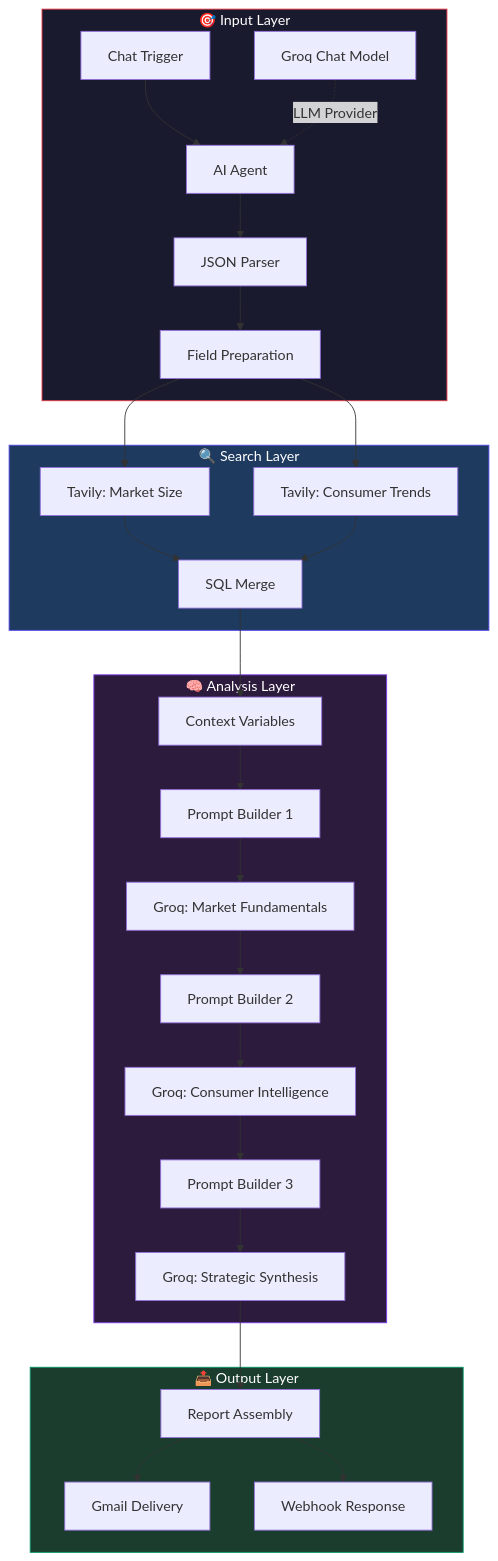
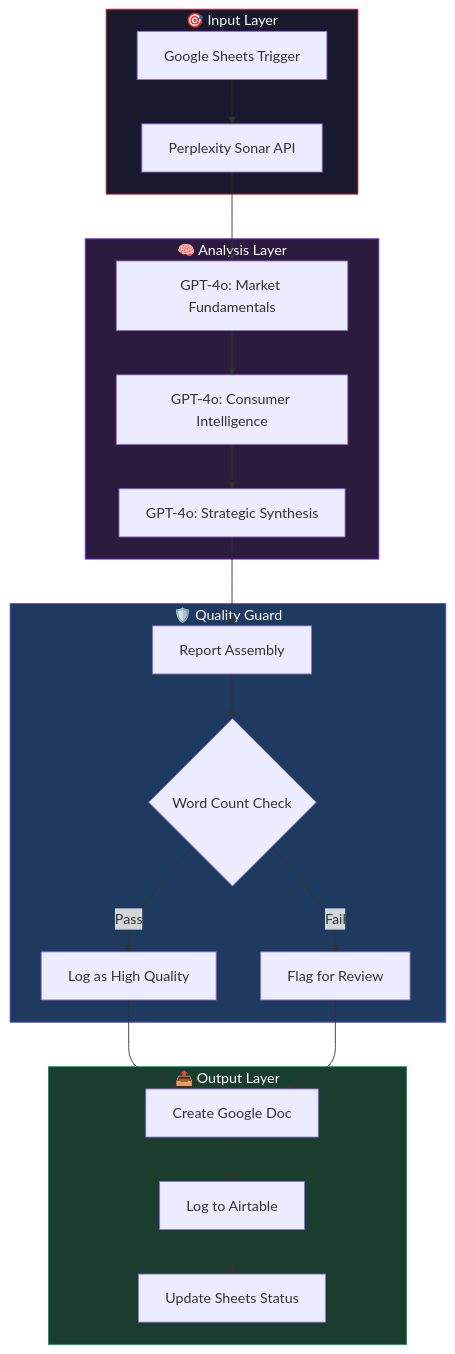
The diagram in ARCHITECTURE.md (RishabJainhub/market-research-pipeline), drawn with Mermaid before and after one commit. The commit also changed other lines of this file and 2 other files, not shown here.

Commit message:
fix: rectify repository content with correct Perplexity+GPT-4o version

````diff
--- a/ARCHITECTURE.md
+++ b/ARCHITECTURE.md
@@ -22,37 +22,31 @@
 ```mermaid
 graph TD
     subgraph INPUT ["🎯 Input Layer"]
-        A[Chat Trigger] --> B[AI Agent]
-        C[Groq Chat Model] -.->|LLM Provider| B
-        B --> D[JSON Parser]
-        D --> E[Field Preparation]
-    end
-
-    subgraph SEARCH ["🔍 Search Layer"]
-        E --> F[Tavily: Market Size]
-        E --> G[Tavily: Consumer Trends]
-        F --> H[SQL Merge]
-        G --> H
+        A[Google Sheets Trigger] --> B[Perplexity Sonar API]
     end
 
     subgraph ANALYSIS ["🧠 Analysis Layer"]
-        H --> I[Context Variables]
-        I --> J[Prompt Builder 1]
-        J --> K[Groq: Market Fundamentals]
-        K --> L[Prompt Builder 2]
-        L --> M[Groq: Consumer Intelligence]
-        M --> N[Prompt Builder 3]
-        N --> O[Groq: Strategic Synthesis]
+        B --> C[GPT-4o: Market Fundamentals]
+        C --> D[GPT-4o: Consumer Intelligence]
+        D --> E[GPT-4o: Strategic Synthesis]
+    end
+
+    subgraph QUALITY ["🛡️ Quality Guard"]
+        E --> F[Report Assembly]
+        F --> G{Word Count Check}
+        G -->|Pass| H[Log as High Quality]
+        G -->|Fail| I[Flag for Review]
     end
 
     subgraph OUTPUT ["📤 Output Layer"]
-        O --> P[Report Assembly]
-        P --> Q[Gmail Delivery]
-        P --> R[Webhook Response]
+        H --> J[Create Google Doc]
+        I --> J
+        J --> K[Log to Airtable]
+        K --> L[Update Sheets Status]
     end
 
     style INPUT fill:#1a1a2e,stroke:#e63946,color:#fff
-    style SEARCH fill:#1e3a5f,stroke:#4F46E5,color:#fff
     style ANALYSIS fill:#2d1b3d,stroke:#7C3AED,color:#fff
+    style QUALITY fill:#1e3a5f,stroke:#4F46E5,color:#fff
     style OUTPUT fill:#1b3d2d,stroke:#059669,color:#fff
 ```
````
